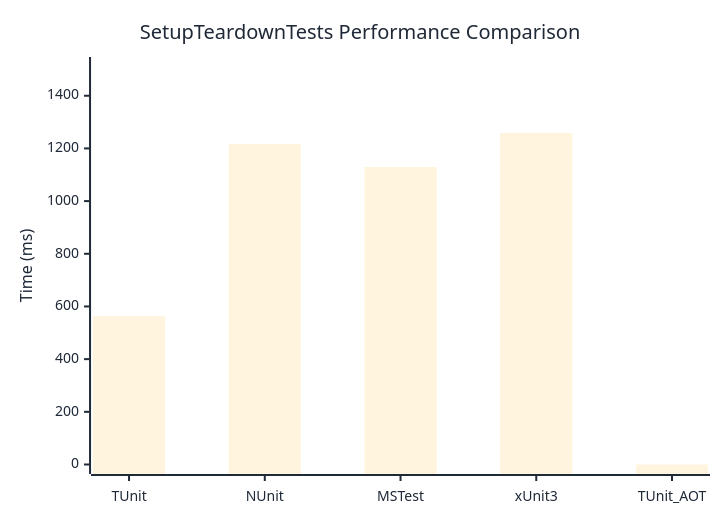
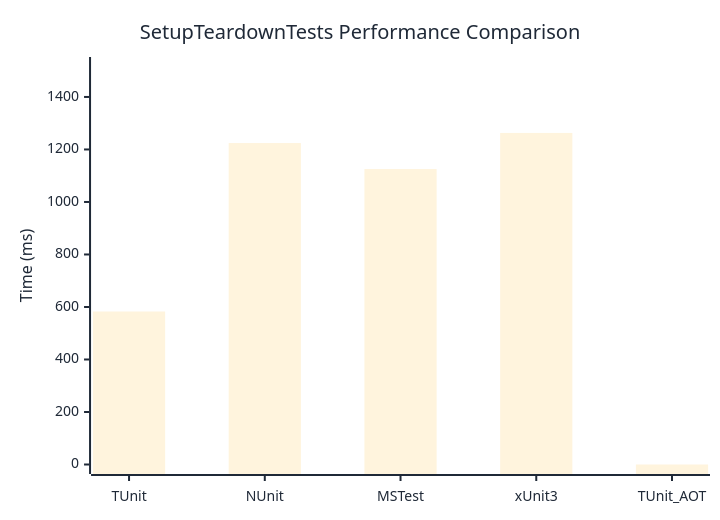
Before and after one commit to thomhurst/TUnit: the diagram in docs/docs/benchmarks/SetupTeardownTests.md, drawn with Mermaid. The commit also changed other lines of this file and 17 other files, not shown here.

````diff
--- a/docs/docs/benchmarks/SetupTeardownTests.md
+++ b/docs/docs/benchmarks/SetupTeardownTests.md
@@ -27,37 +27,37 @@
 ```mermaid
 %%{init: {
   'theme':'base',
   'themeVariables': {
     'primaryColor': '#2563eb',
     'primaryTextColor': '#1f2937',
     'primaryBorderColor': '#1e40af',
     'lineColor': '#6b7280',
     'secondaryColor': '#7c3aed',
     'tertiaryColor': '#dc2626',
     'background': '#ffffff',
     'mainBkg': '#2563eb',
     'secondBkg': '#7c3aed',
     'tertiaryBkg': '#dc2626',
     'clusterBkg': '#f3f4f6',
     'edgeLabelBackground': '#ffffff',
     'tertiaryTextColor': '#1f2937',
     'pie1': '#2563eb',
     'pie2': '#7c3aed',
     'pie3': '#dc2626',
     'pie4': '#f59e0b',
     'pie5': '#10b981',
     'pie6': '#06b6d4',
     'pie7': '#ec4899',
     'pie8': '#6366f1',
     'pie9': '#84cc16',
     'pie10': '#f97316',
     'pie11': '#14b8a6',
     'pie12': '#a855f7'
   }
 }}%%
 xychart-beta
   title "SetupTeardownTests Performance Comparison"
   x-axis ["TUnit", "NUnit", "MSTest", "xUnit3", "TUnit_AOT"]
-  y-axis "Time (ms)" 0 --> 1511
-  bar [563.3, 1215.9, 1129.6, 1258.7, 0]
+  y-axis "Time (ms)" 0 --> 1516
+  bar [582.8, 1224.4, 1125.4, 1262.9, 0]
 ```
````
